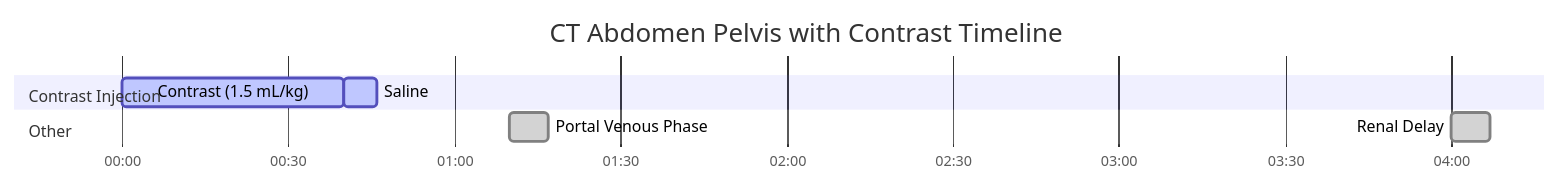
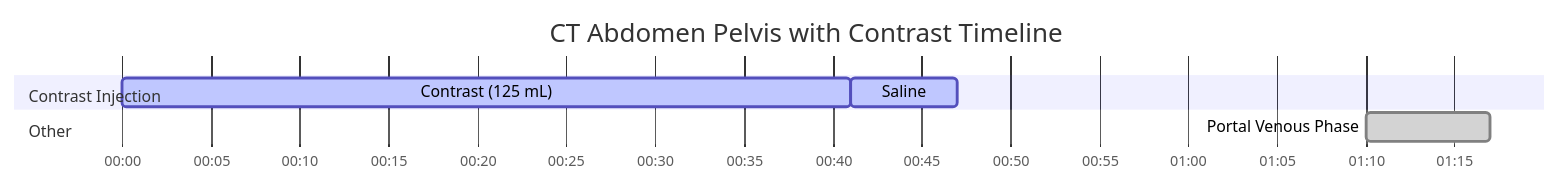
Before and after one commit to dfergs93/radiology-protocols: the diagram in docs/ct/abdomen/ct-abdomen-pelvis-with-contrast.md, drawn with Mermaid. The commit also changed other lines of this file and 85 other files, not shown here.

Commit message:
Regenerate protocol markdown files with acquisition-diagram placeholder

````diff
--- a/docs/ct/abdomen/ct-abdomen-pelvis-with-contrast.md
+++ b/docs/ct/abdomen/ct-abdomen-pelvis-with-contrast.md
@@ -86,19 +83,18 @@
   ```mermaid
   ---
   displayMode: compact
   config:
     theme: default
     themeCSS: " #Saline{ fill: #4ed5ff; stroke: #2094f3; } "
   ---
     gantt
       title CT Abdomen Pelvis with Contrast Timeline
       dateFormat mm:ss
       axisFormat %M:%S 
       
       section Contrast Injection
-      Contrast (1.5 mL/kg)    :active, contrast, 00:00, 40s
+      Contrast (125 mL)    :active, contrast, 00:00, 41s
       Saline          :active, saline, after contrast, 6s
       section Other
       Portal Venous Phase    :done, scan1, 01:10, 7s
-      Renal Delay    :done, scan2, 04:00, 7s
   ```
````
